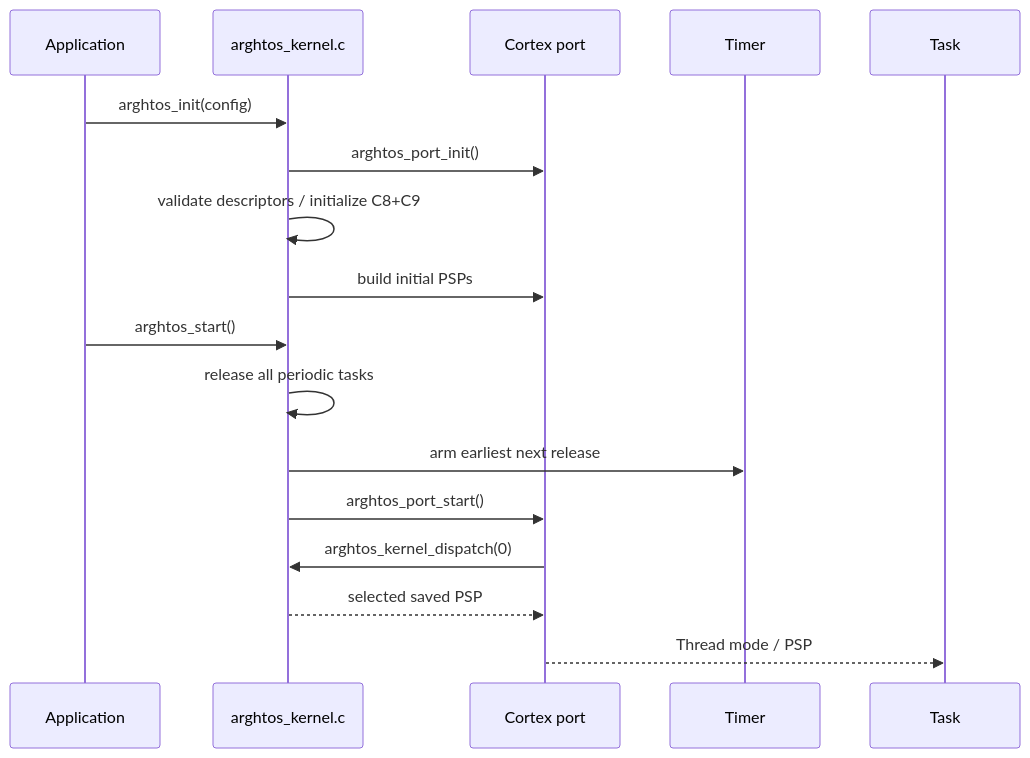
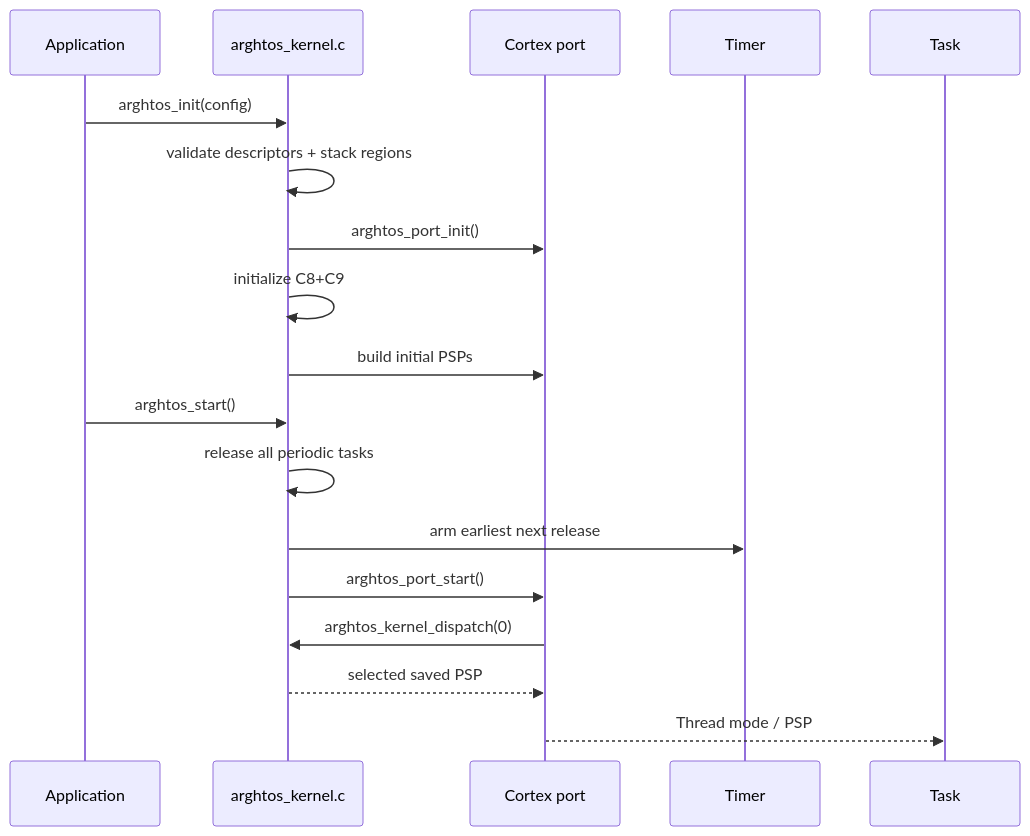
Before and after one commit to tumblewhead/arghtos: the second of 2 diagrams in design-elements/D00-module-map.md, drawn with Mermaid.

Commit message:
Align module-map initialization sequence with audited contract

````diff
--- a/design-elements/D00-module-map.md
+++ b/design-elements/D00-module-map.md
@@ -159,20 +159,21 @@
 ```mermaid
 sequenceDiagram
   participant A as Application
   participant K as arghtos_kernel.c
   participant P as Cortex port
   participant T as Timer
   participant X as Task
 
   A->>K: arghtos_init(config)
+  K->>K: validate descriptors + stack regions
   K->>P: arghtos_port_init()
-  K->>K: validate descriptors / initialize C8+C9
+  K->>K: initialize C8+C9
   K->>P: build initial PSPs
   A->>K: arghtos_start()
   K->>K: release all periodic tasks
   K->>T: arm earliest next release
   K->>P: arghtos_port_start()
   P->>K: arghtos_kernel_dispatch(0)
   K-->>P: selected saved PSP
   P-->>X: Thread mode / PSP
 ```
````
